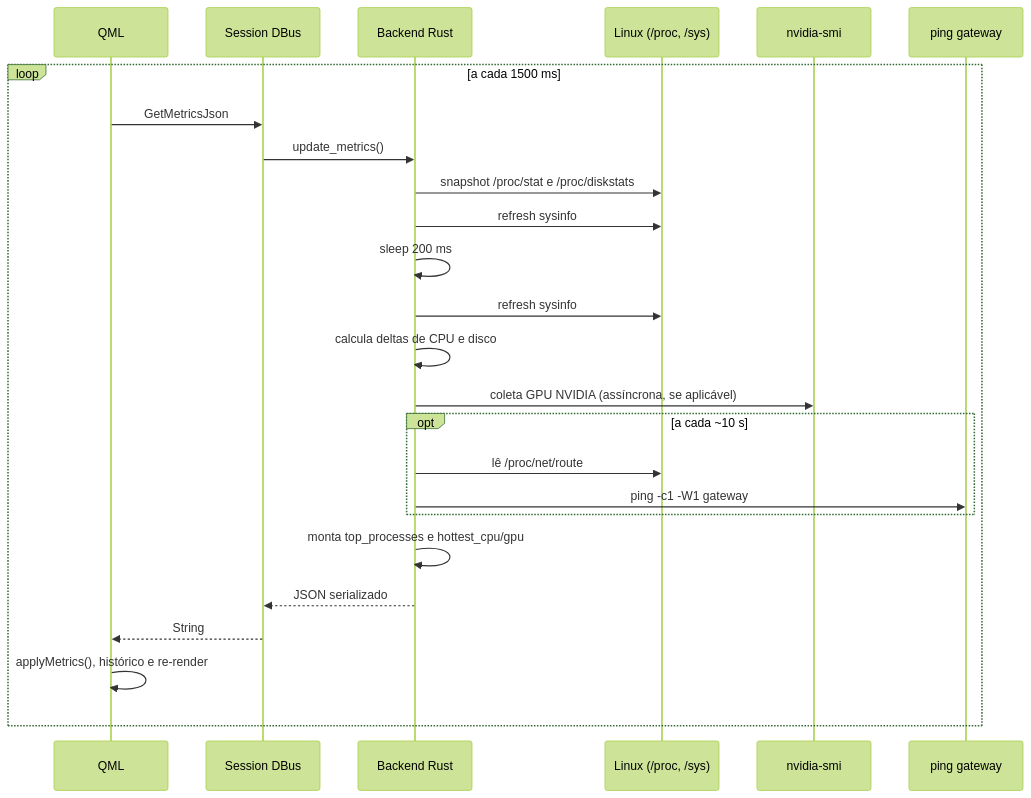
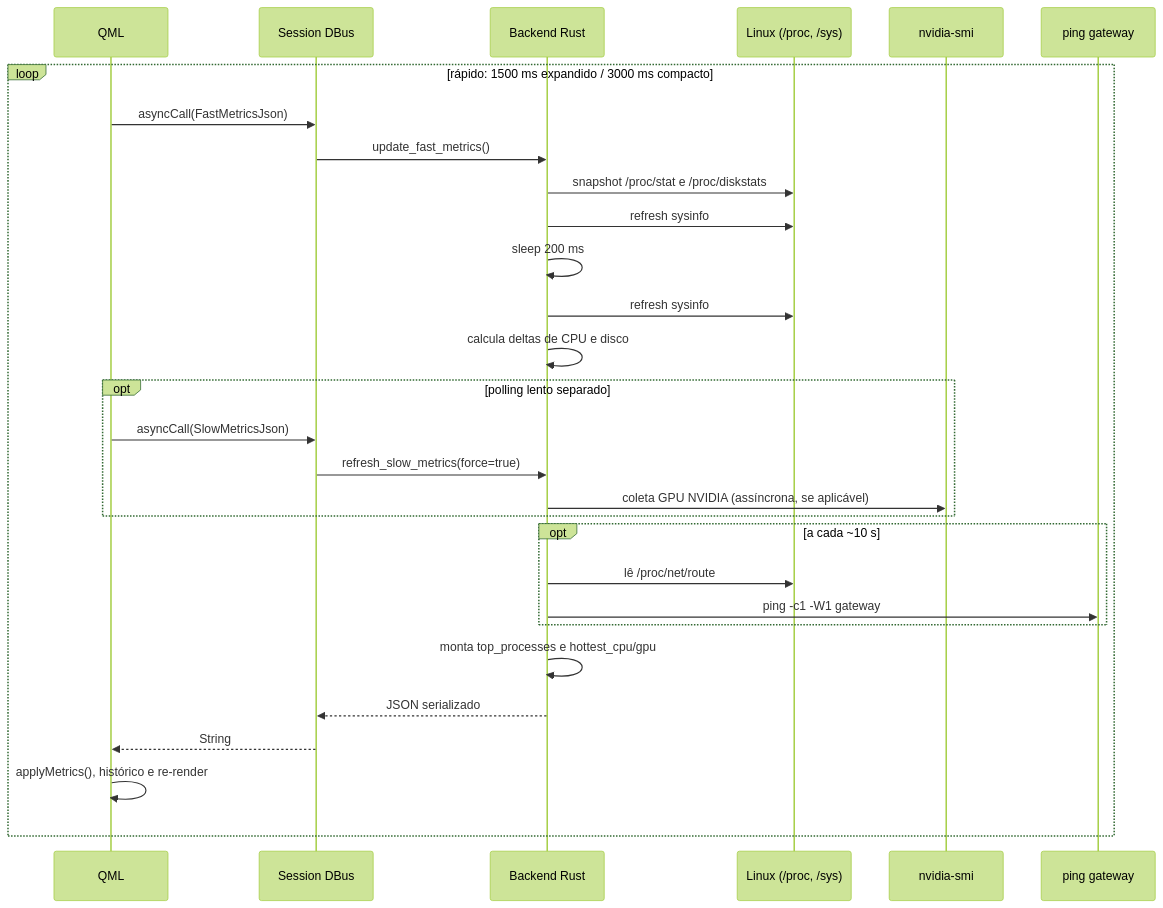
The fourth of 4 diagrams in docs/architecture.md (marcos2872/rust-monitor-tray), drawn with Mermaid (forest theme) before and after one commit. The commit also changed other lines of this file and 22 other files, not shown here.

````diff
--- a/docs/architecture.md
+++ b/docs/architecture.md
@@ -89,28 +89,32 @@
 ```mermaid
 sequenceDiagram
     participant Q as QML
     participant D as Session DBus
     participant B as Backend Rust
     participant L as Linux (/proc, /sys)
     participant N as nvidia-smi
     participant P as ping gateway
 
-    loop a cada 1500 ms
-        Q->>D: GetMetricsJson
-        D->>B: update_metrics()
+    loop rápido: 1500 ms expandido / 3000 ms compacto
+        Q->>D: asyncCall(FastMetricsJson)
+        D->>B: update_fast_metrics()
         B->>L: snapshot /proc/stat e /proc/diskstats
         B->>L: refresh sysinfo #1
         B->>B: sleep 200 ms
         B->>L: refresh sysinfo #2
         B->>B: calcula deltas de CPU e disco
-        B->>N: coleta GPU NVIDIA (assíncrona, se aplicável)
+        opt polling lento separado
+            Q->>D: asyncCall(SlowMetricsJson)
+            D->>B: refresh_slow_metrics(force=true)
+            B->>N: coleta GPU NVIDIA (assíncrona, se aplicável)
+        end
         opt a cada ~10 s
             B->>L: lê /proc/net/route
             B->>P: ping -c1 -W1 gateway
         end
         B->>B: monta top_processes e hottest_cpu/gpu
         B-->>D: JSON serializado
         D-->>Q: String
         Q->>Q: applyMetrics(), histórico e re-render
     end
 ```
````
